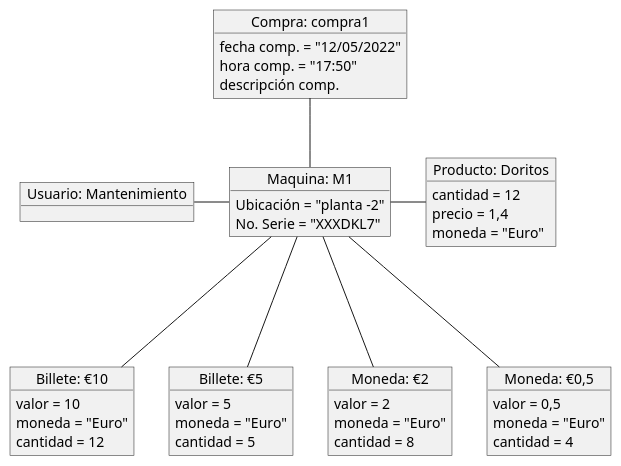
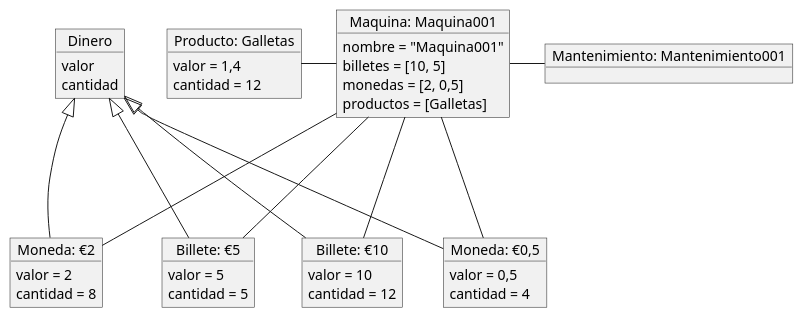
Before and after one commit to mmasias/IdSw2-22-23: the diagram in Grupo2/diagrama-de-objetos/objetos.plantuml, drawn with PlantUML. The commit also changed 10 other files, not shown here.

```diff
--- a/Grupo2/diagrama-de-objetos/objetos.plantuml
+++ b/Grupo2/diagrama-de-objetos/objetos.plantuml
@@ -1,55 +1,56 @@
 @startuml objetos
-object "Maquina: M1" as maq1{
-Ubicación = "planta -2"
-No. Serie = "XXXDKL7"
+
+object "Maquina: Maquina001" as maq1{
+nombre = "Maquina001"
+billetes = [10, 5]
+monedas = [2, 0,5]
+productos = [Galletas]
 }
 
-object "Compra: compra1" as comp1{
-fecha comp. = "12/05/2022"
-hora comp. = "17:50"
-descripción comp. 
+object "Mantenimiento: Mantenimiento001" as man1{
 }
 
-object "Usuario: Mantenimiento" as man1{
+object "Dinero" as dinero{
+valor
+cantidad
 }
 
 object "Billete: €10" as b10{
 valor = 10
-moneda = "Euro"
 cantidad = 12
 }
 
 object "Billete: €5" as b5{
 valor = 5
-moneda = "Euro"
 cantidad = 5
 }
 
 object "Moneda: €2" as m2{
 valor = 2
-moneda = "Euro"
 cantidad = 8
 }
 
 object "Moneda: €0,5" as m05{
 valor = 0,5
-moneda = "Euro"
 cantidad = 4
 }
 
-object "Producto: Doritos" as pro1{
+object "Producto: Galletas" as pro1{
+valor = 1,4
 cantidad = 12
-precio = 1,4
-moneda = "Euro"
 }
 
-maq1 --u comp1
-maq1 --l man1 
+maq1 --r man1 
+maq1 -l- pro1
 
-maq1 --r pro1
+dinero <|--- b10
+dinero <|--- b5
+dinero <|--- m2
+dinero <|--- m05
 
 maq1 --- b10
 maq1 --- b5
 maq1 --- m2
 maq1 --- m05
+
 @enduml
```
